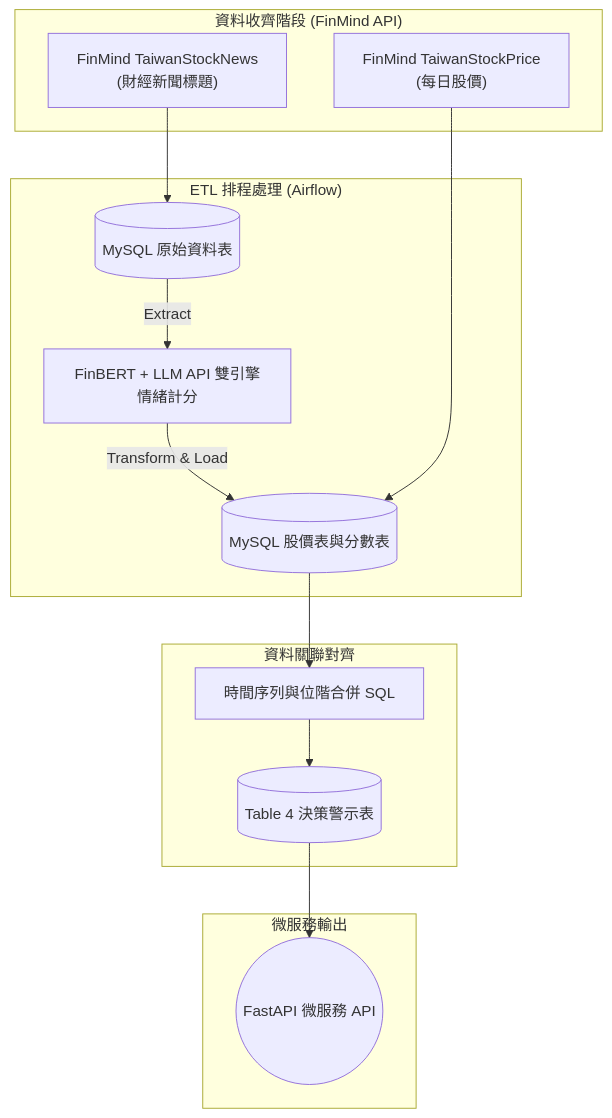
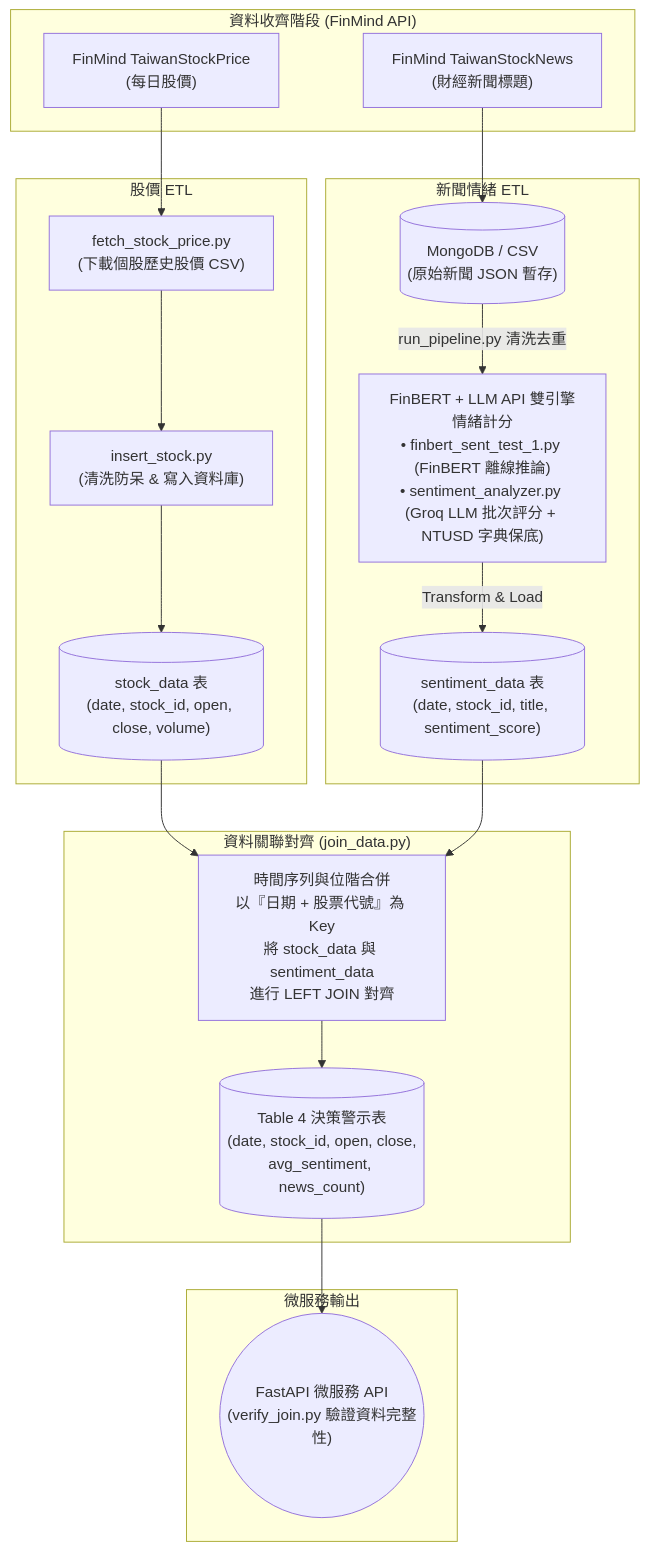
Before and after one commit to FinMood/Stock-Market-Sentiment-Analysis-System: the diagram in README.md, drawn with Mermaid. The commit also changed other lines of this file and 2 other files, not shown here.

````diff
--- a/README.md
+++ b/README.md
@@ -122,30 +136,41 @@
 ```mermaid
 graph TD
     subgraph Source["資料收齊階段 (FinMind API)"]
         A["FinMind TaiwanStockNews\n(財經新聞標題)"]
         B["FinMind TaiwanStockPrice\n(每日股價)"]
     end
 
-    subgraph ETL_Process["ETL 排程處理 (Airflow)"]
-        C[(MySQL 原始資料表)]
-        D["FinBERT + LLM API 雙引擎情緒計分"]
-        E[(MySQL 股價表與分數表)]
+    subgraph Stock_ETL["股價 ETL"]
+        B1["fetch_stock_price.py\n(下載個股歷史股價 CSV)"]
+        B2["insert_stock.py\n(清洗防呆 & 寫入資料庫)"]
+        B3[("stock_data 表\n(date, stock_id, open, close, volume)")]
     end
 
-    subgraph Integration["資料關聯對齊"]
-        F[時間序列與位階合併 SQL]
-        G[(Table 4 決策警示表)]
+    subgraph News_ETL["新聞情緒 ETL"]
+        C[("MongoDB / CSV\n(原始新聞 JSON 暫存)")]
+        D["FinBERT + LLM API 雙引擎情緒計分\n• finbert_sent_test_1.py (FinBERT 離線推論)\n• sentiment_analyzer.py (Groq LLM 批次評分 + NTUSD 字典保底)"]
+        E[("sentiment_data 表\n(date, stock_id, title, sentiment_score)")]
+    end
+
+    subgraph Integration["資料關聯對齊 (join_data.py)"]
+        F["時間序列與位階合併\n以『日期 + 股票代號』為 Key\n將 stock_data 與 sentiment_data\n進行 LEFT JOIN 對齊"]
+        G[("Table 4 決策警示表\n(date, stock_id, open, close,\navg_sentiment, news_count)")]
     end
 
     subgraph Serve["微服務輸出"]
-        H((FastAPI 微服務 API))
+        H(("FastAPI 微服務 API\n(verify_join.py 驗證資料完整性)"))
     end
 
     A --> C
-    C -->|Extract| D
+    B --> B1
+    B1 --> B2
+    B2 --> B3
+
+    C -->|run_pipeline.py 清洗去重| D
     D -->|Transform & Load| E
-    B --> E
+
+    B3 --> F
     E --> F
     F --> G
     G --> H
 ```
````
